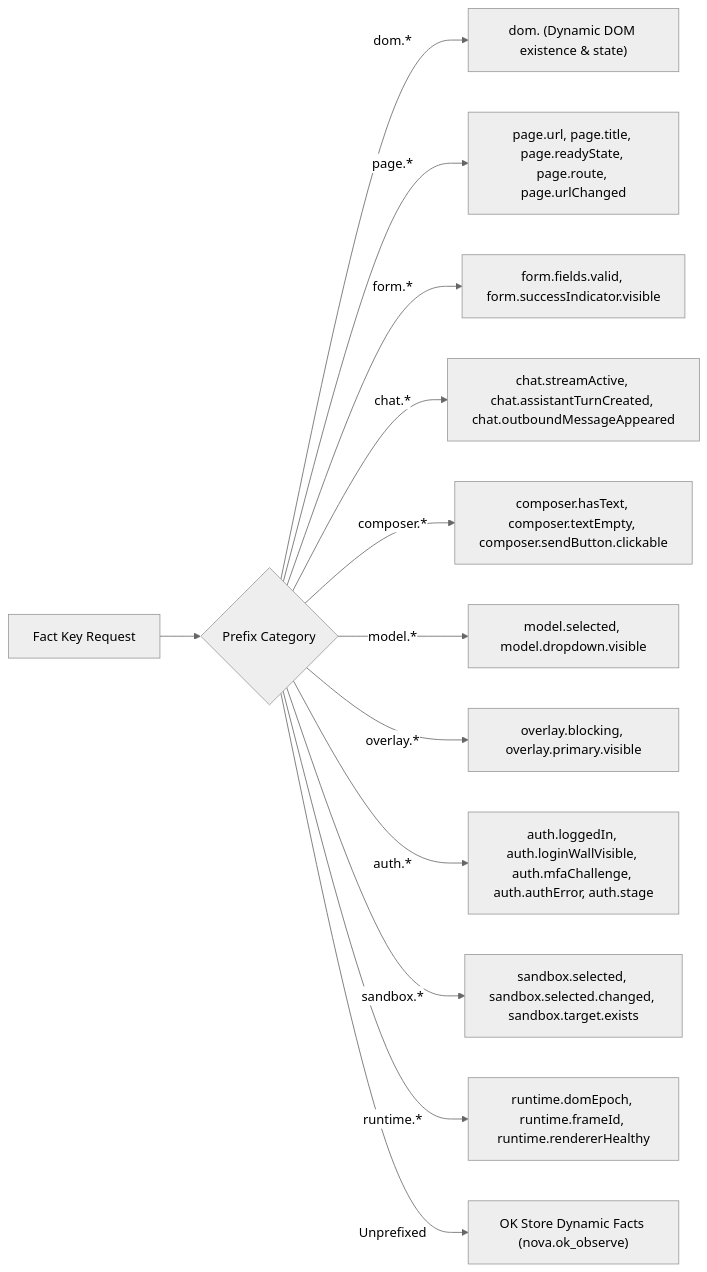
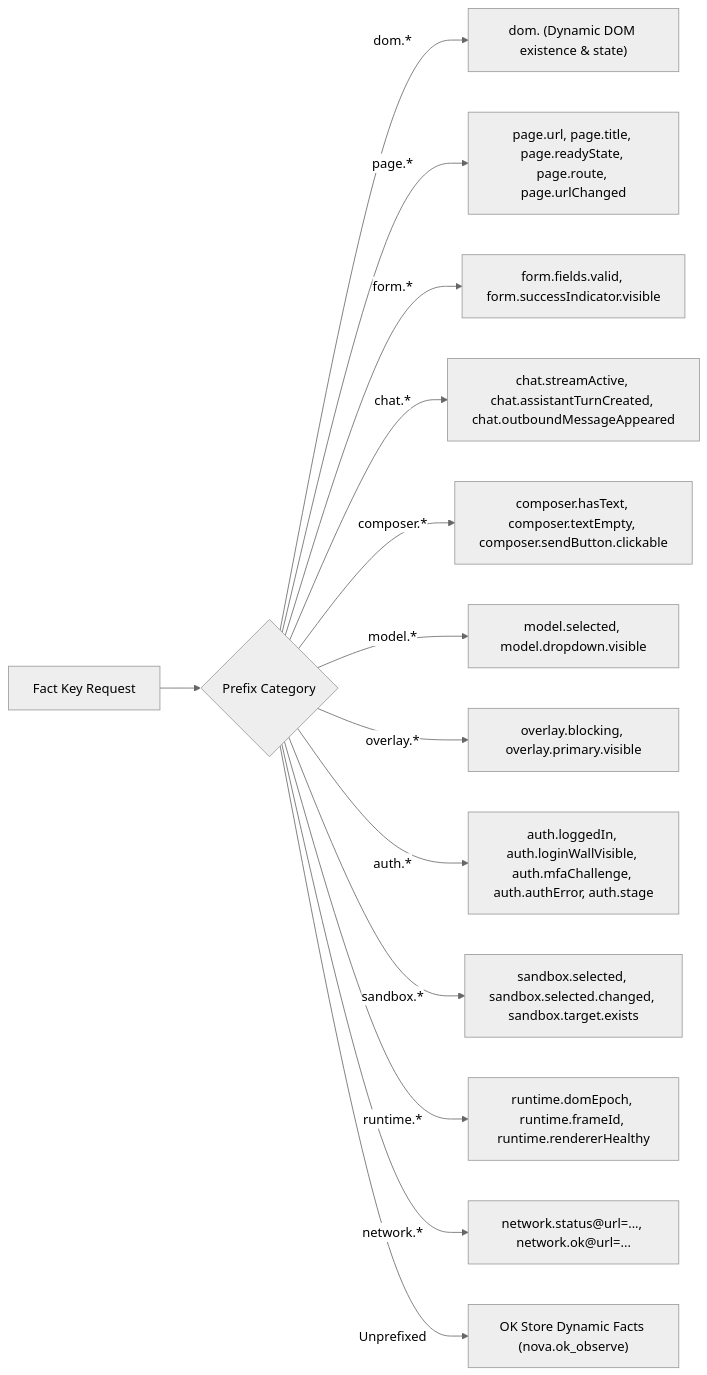
The third of 8 diagrams in docs/core-features/closed-loop-system-cls/README.md (joelaniol/nova), drawn with Mermaid (neutral theme) before and after one commit. The commit also changed other lines of this file and 58 other files, not shown here.

Commit message:
Docs: GraphQL and WebSocket decoding in network_read, data stores in inspect_component, agent identification, session recording of child targets, SFTP checksums; alpha.21 changelog (upcoming)

````diff
--- a/docs/core-features/closed-loop-system-cls/README.md
+++ b/docs/core-features/closed-loop-system-cls/README.md
@@ -180,15 +180,16 @@
 ```mermaid
 flowchart LR
     FactKey["Fact Key Request"] --> Prefix{"Prefix Category"}
     Prefix -->|dom.*| F1["dom.<css-selector> (Dynamic DOM existence & state)"]
     Prefix -->|page.*| F2["page.url, page.title, page.readyState, page.route, page.urlChanged"]
     Prefix -->|form.*| F3["form.fields.valid, form.successIndicator.visible"]
     Prefix -->|chat.*| F4["chat.streamActive, chat.assistantTurnCreated, chat.outboundMessageAppeared"]
     Prefix -->|composer.*| F5["composer.hasText, composer.textEmpty, composer.sendButton.clickable"]
     Prefix -->|model.*| F6["model.selected, model.dropdown.visible"]
     Prefix -->|overlay.*| F7["overlay.blocking, overlay.primary.visible"]
     Prefix -->|auth.*| F8["auth.loggedIn, auth.loginWallVisible, auth.mfaChallenge, auth.authError, auth.stage"]
     Prefix -->|sandbox.*| F9["sandbox.selected, sandbox.selected.changed, sandbox.target.exists"]
     Prefix -->|runtime.*| F10["runtime.domEpoch, runtime.frameId, runtime.rendererHealthy"]
+    Prefix -->|network.*| F12["network.status@url=..., network.ok@url=..."]
     Prefix -->|Unprefixed| F11["OK Store Dynamic Facts (nova.ok_observe)"]
 ```
````
